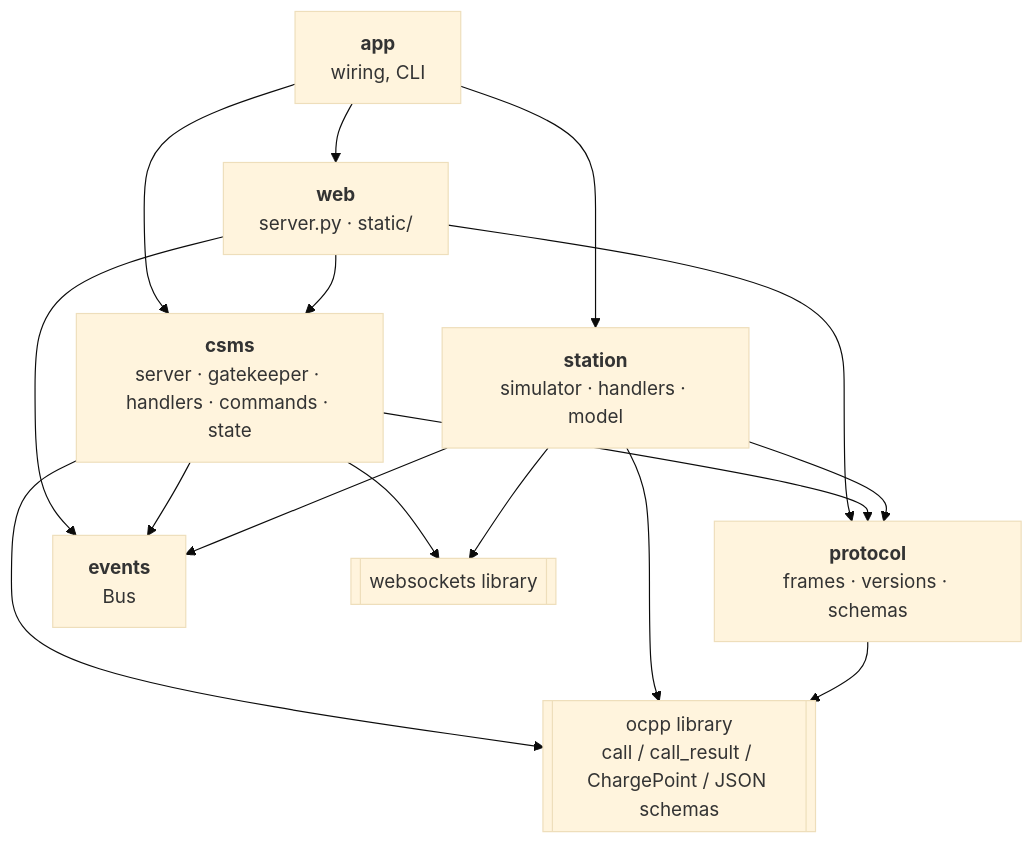
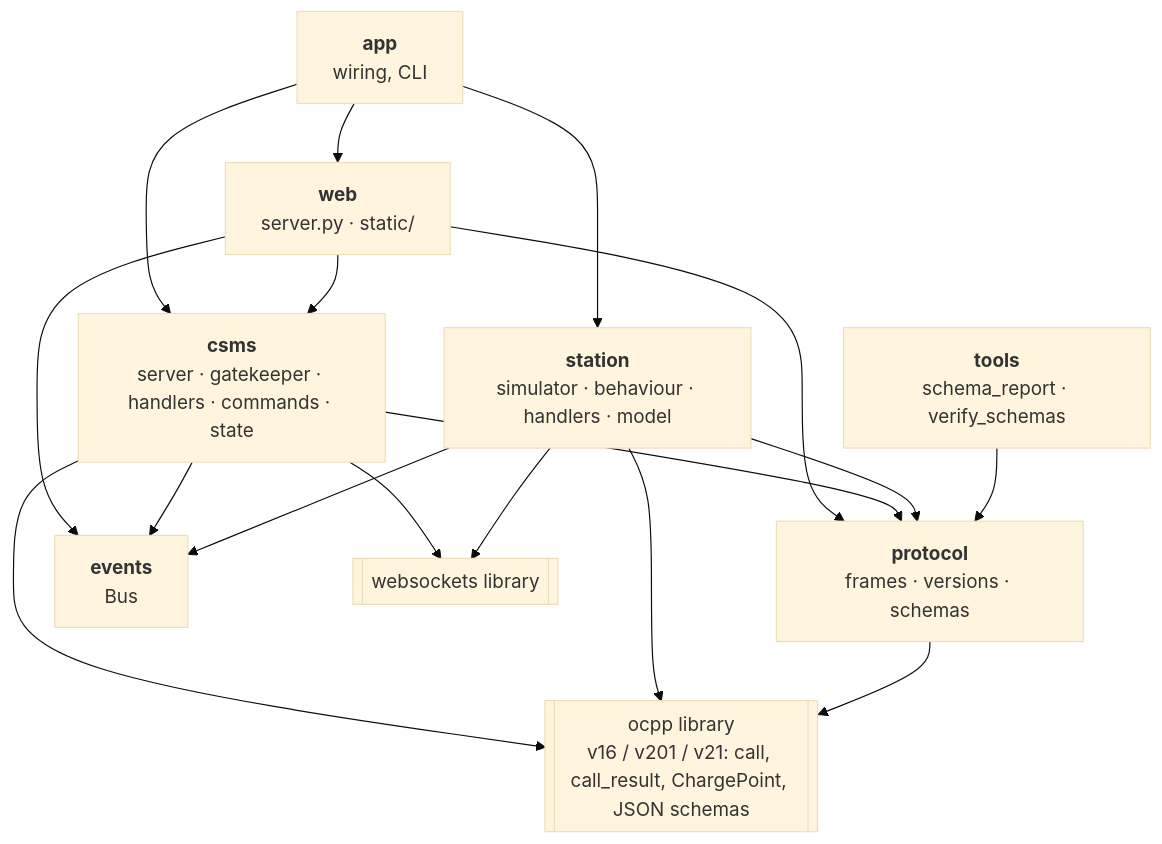
One commit to YAxelY/ocpp-playground changed the second of 9 diagrams in docs/architecture.md. Above: the diagram before and after it, drawn with Mermaid (base theme). The commit also changed other lines of this file and 37 other files, not shown here.

First line of the commit message:
Add OCPP 1.6, picture-based dashboard and 3-version schema comparison

````diff
--- a/docs/architecture.md
+++ b/docs/architecture.md
@@ -43,17 +45,19 @@
 ```mermaid
 flowchart TB
     web["<b>web</b><br/>server.py · static/"]
     app["<b>app</b><br/>wiring, CLI"]
     csms["<b>csms</b><br/>server · gatekeeper · handlers · commands · state"]
-    station["<b>station</b><br/>simulator · handlers · model"]
+    station["<b>station</b><br/>simulator · behaviour · handlers · model"]
     protocol["<b>protocol</b><br/>frames · versions · schemas"]
     events["<b>events</b><br/>Bus"]
-    lib[["ocpp library<br/>call / call_result / ChargePoint / JSON schemas"]]
+    tools["<b>tools</b><br/>schema_report · verify_schemas"]
+    lib[["ocpp library<br/>v16 / v201 / v21: call, call_result, ChargePoint, JSON schemas"]]
     ws[["websockets library"]]
 
     app --> web & csms & station
     web --> csms & protocol & events
     csms --> protocol & events & lib & ws
     station --> protocol & events & lib & ws
+    tools --> protocol
     protocol --> lib
 ```
````
